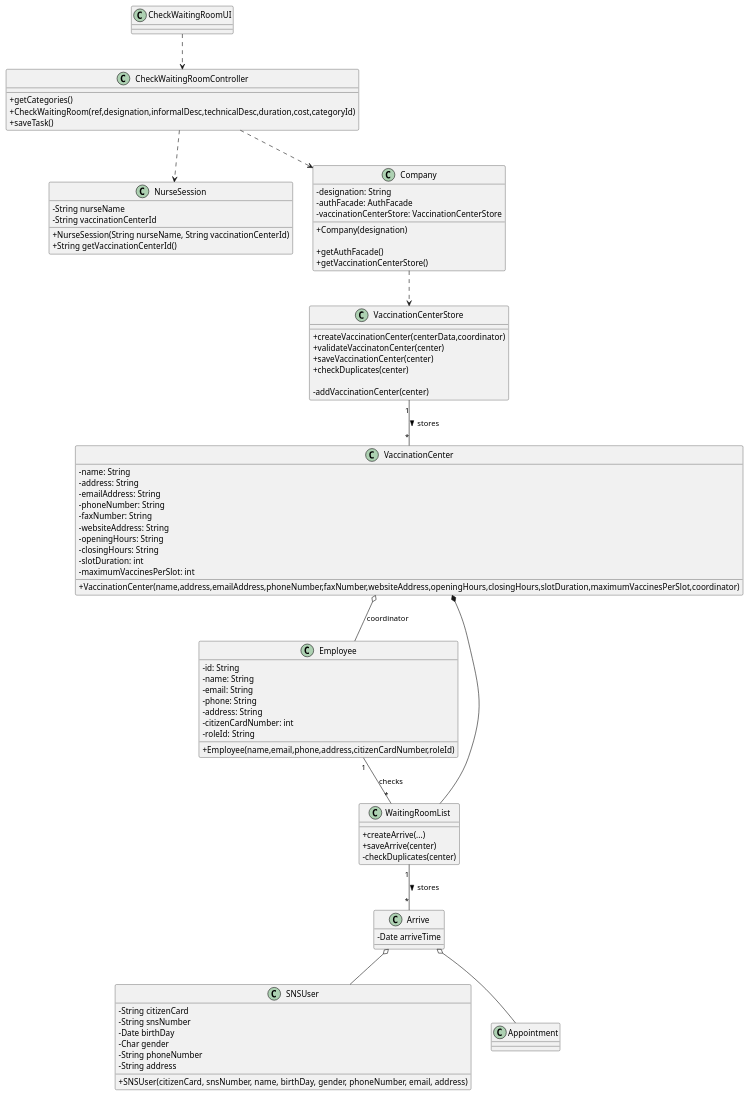
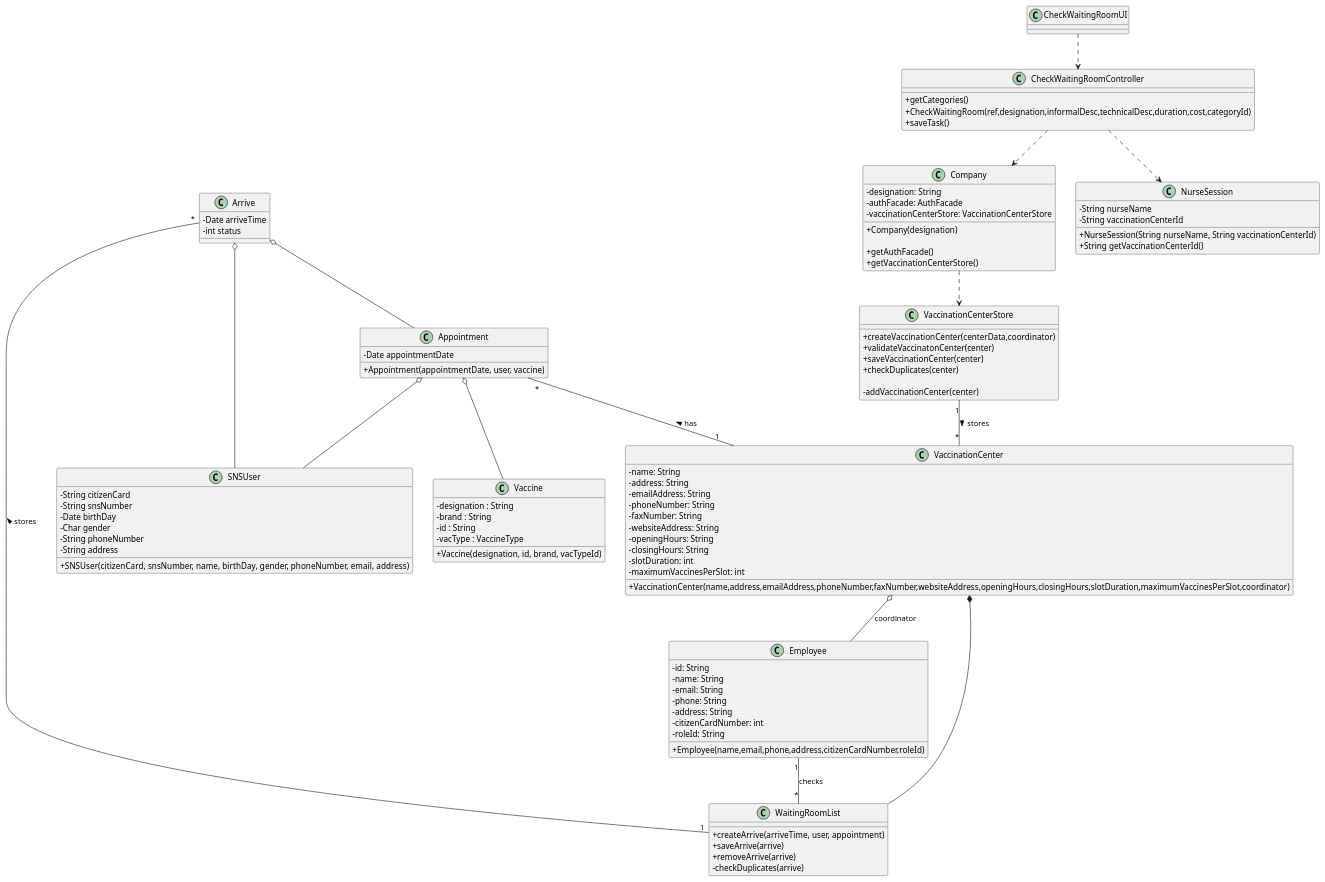
The diagram in docs/SprintC/US05/CD/US05_CD.puml (miseEnPlace-i/lapr2), drawn with PlantUML before and after one commit. The commit also changed 1 other file, not shown here.

Commit message:
docs(US05): updated CD with arrive class

```diff
--- a/docs/SprintC/US05/CD/US05_CD.puml
+++ b/docs/SprintC/US05/CD/US05_CD.puml
@@ -1,109 +1,126 @@
 @startuml
 skinparam classAttributeIconSize 0
 
 class Arrive {
   - Date arriveTime
+  - int status
 }
 
 class NurseSession {
   - String nurseName
   - String vaccinationCenterId
 
   + NurseSession(String nurseName, String vaccinationCenterId)
   + String getVaccinationCenterId()
 }
 
 class Company {
   -designation: String
   -authFacade: AuthFacade
   -vaccinationCenterStore: VaccinationCenterStore
   
   +Company(designation)
 
   +getAuthFacade()
   +getVaccinationCenterStore()
 }
 
 class CheckWaitingRoomController {
   +getCategories()
   +CheckWaitingRoom(ref,designation,informalDesc,technicalDesc,duration,cost,categoryId)
   +saveTask()
 }
 
 class CheckWaitingRoomUI {}
 
 class VaccinationCenter {
   - name: String
   - address: String
   - emailAddress: String
   - phoneNumber: String
   - faxNumber: String
   - websiteAddress: String
   - openingHours: String
   - closingHours: String
   - slotDuration: int
   - maximumVaccinesPerSlot: int
   
   +VaccinationCenter(name,address,emailAddress,phoneNumber,faxNumber,websiteAddress,openingHours,closingHours,slotDuration,maximumVaccinesPerSlot,coordinator)
 }
 
 class VaccinationCenterStore {
 +createVaccinationCenter(centerData,coordinator)
 +validateVaccinatonCenter(center)
 +saveVaccinationCenter(center)
 +checkDuplicates(center)
 
 -addVaccinationCenter(center)
 }
 
 class Employee {
   -id: String 
   -name: String 
   -email: String 
   -phone: String 
   -address: String 
   -citizenCardNumber: int 
   -roleId: String 
 
   +Employee(name,email,phone,address,citizenCardNumber,roleId)
 }
 
 class SNSUser {
   - String citizenCard
   - String snsNumber
   - Date birthDay
   - Char gender
   - String phoneNumber
   - String address
   + SNSUser(citizenCard, snsNumber, name, birthDay, gender, phoneNumber, email, address)
 }
 
 class WaitingRoomList {
-  +createArrive(...)
-  +saveArrive(center)
-  -checkDuplicates(center)
+  +createArrive(arriveTime, user, appointment)
+  +saveArrive(arrive)
+  +removeArrive(arrive)
+  -checkDuplicates(arrive)
 }
 
 class Appointment {
+  -Date appointmentDate
 
+  +Appointment(appointmentDate, user, vaccine)
+}
+
+class Vaccine{
+  -designation : String
+  -brand : String
+  -id : String
+  -vacType : VaccineType
+
+  +Vaccine(designation, id, brand, vacTypeId)
 }
 
 CheckWaitingRoomUI ..> CheckWaitingRoomController
 CheckWaitingRoomController ..> Company
 
 Arrive o-- SNSUser
 Arrive o-- Appointment
+Appointment o-- SNSUser
 
 VaccinationCenter o-- Employee : coordinator
 VaccinationCenterStore "1" -- "*" VaccinationCenter : stores >
 
 Company ..> VaccinationCenterStore
 
 WaitingRoomList "1" -- "*" Arrive : stores >
 
 Employee "1" -- "*" WaitingRoomList : checks
 VaccinationCenter *-- WaitingRoomList
 
 CheckWaitingRoomController ..> NurseSession
 
+Appointment "*" -- "1" VaccinationCenter : has <
+Appointment o-- Vaccine
+
 @enduml
```
